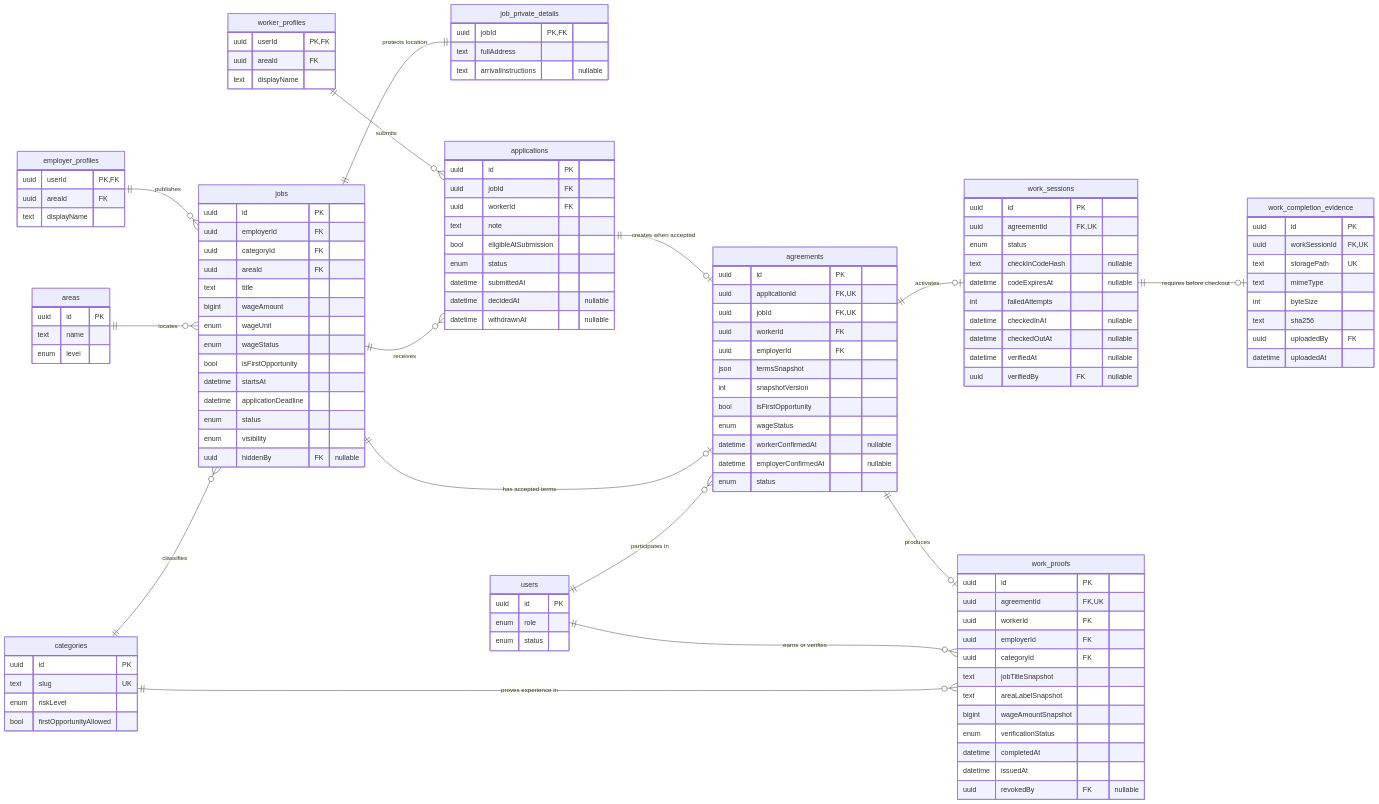
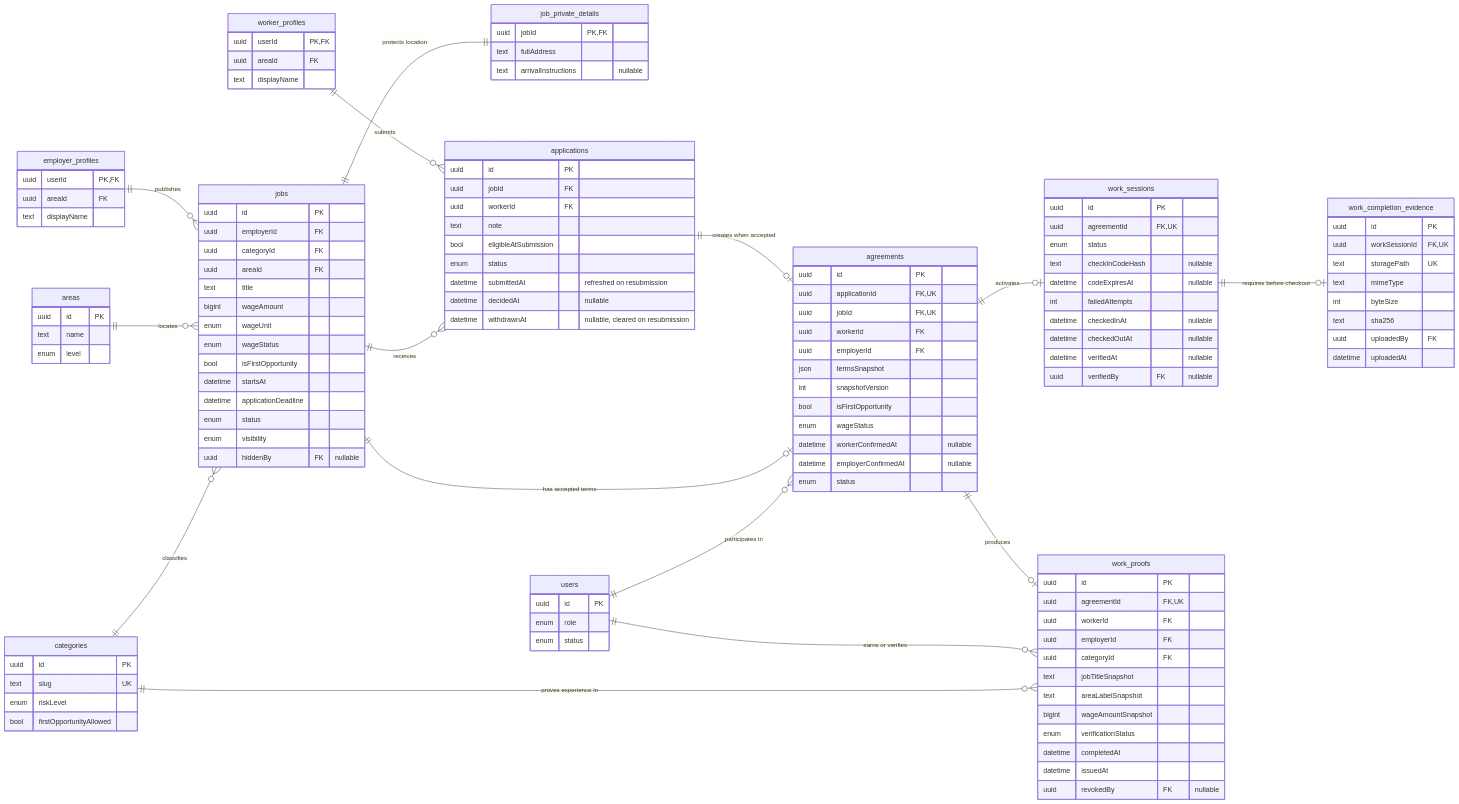
Before and after one commit to umarhyl/rintara: the second of 3 diagrams in docs/engineering/ERD.md, drawn with Mermaid. The commit also changed 17 other files, not shown here.

Commit message:
feat: implement application resubmission flow and update related documentation

```diff
--- a/docs/engineering/ERD.md
+++ b/docs/engineering/ERD.md
@@ -174,9 +174,9 @@
         text note
         bool eligibleAtSubmission
         enum status
-        datetime submittedAt
+        datetime submittedAt "refreshed on resubmission"
         datetime decidedAt "nullable"
-        datetime withdrawnAt "nullable"
+        datetime withdrawnAt "nullable, cleared on resubmission"
     }
     agreement["agreements"] {
         uuid id PK
```
